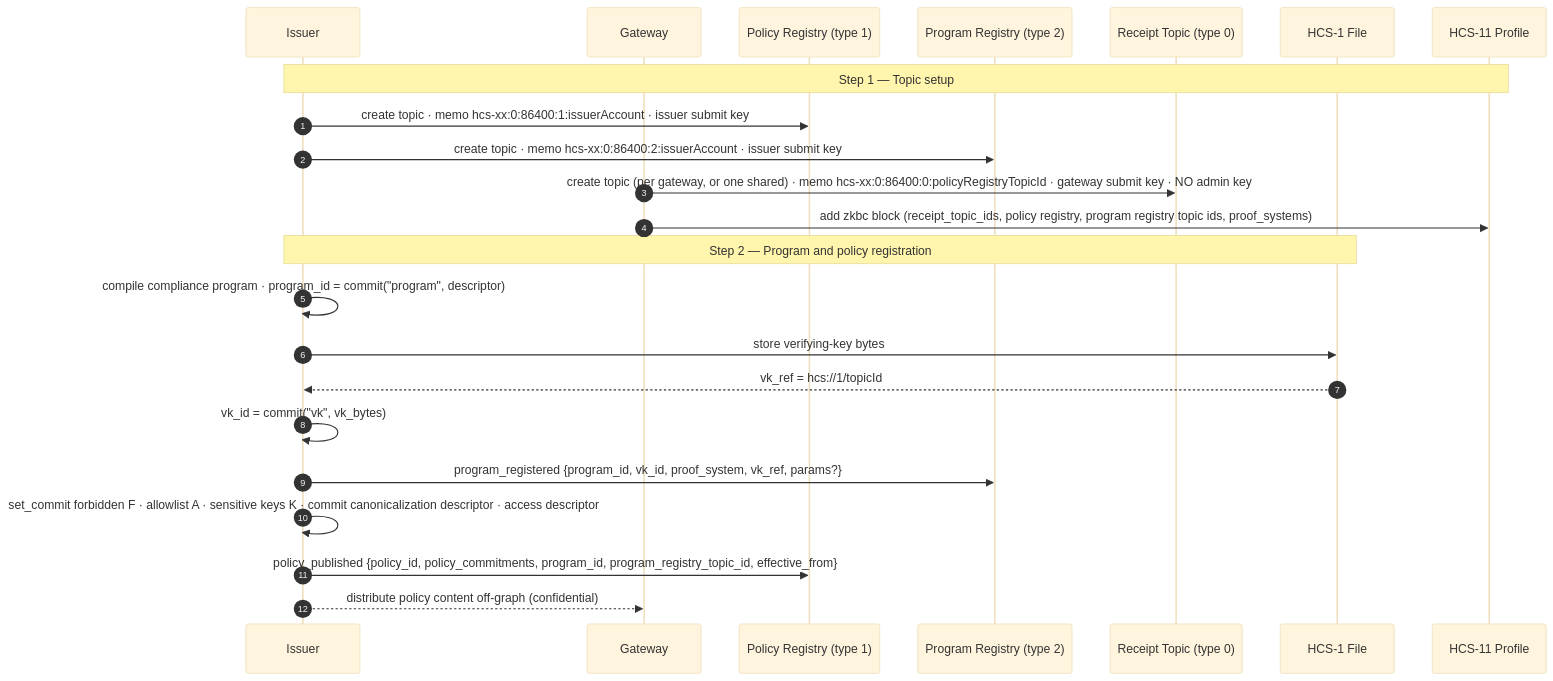
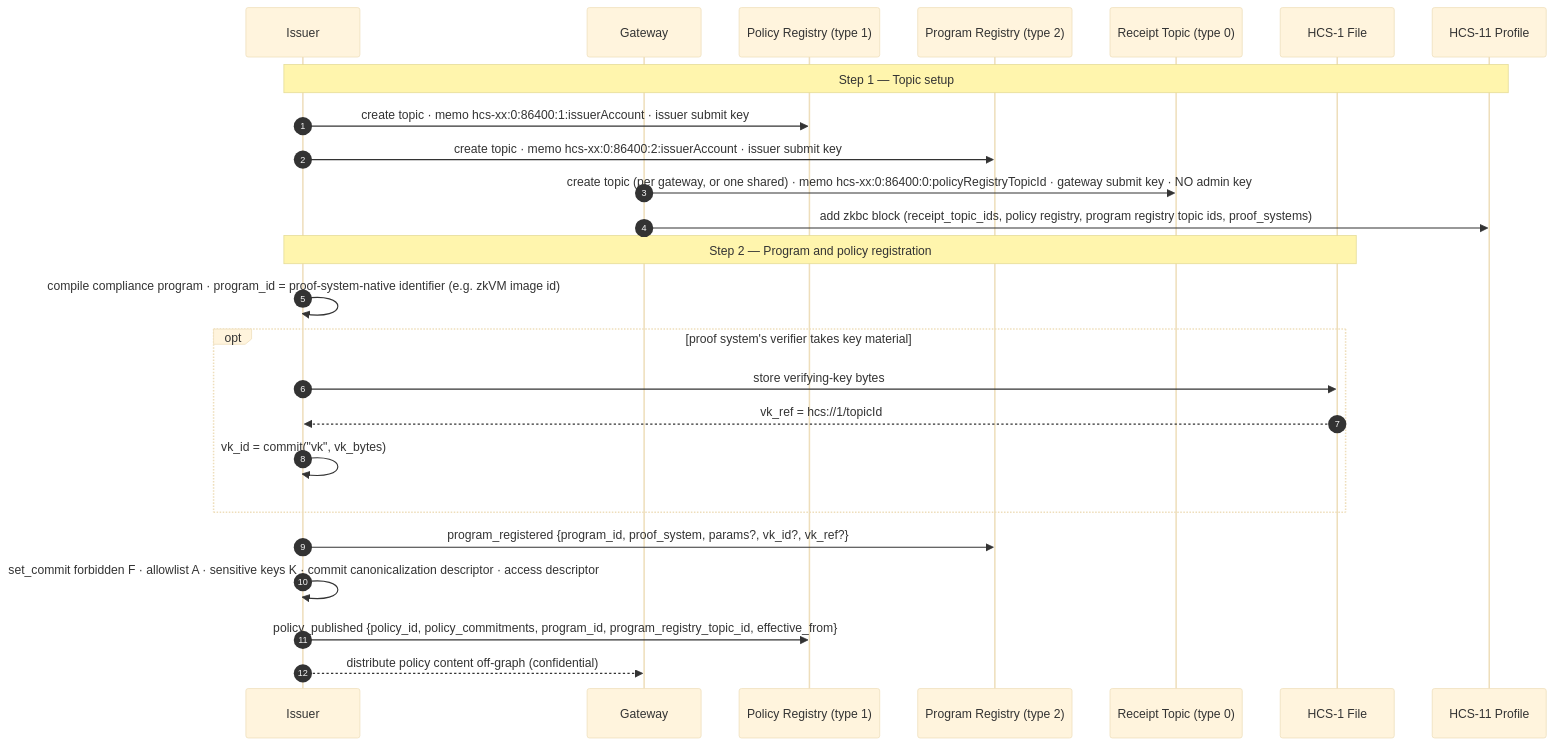
One commit to hashgraph-online/cryptographic-agent-execution-wg changed the seventh of 23 diagrams in drafts/ZKBC-Architecture-Diagrams.md. Above: the diagram before and after it, drawn with Mermaid (base theme). The commit also changed other lines of this file and 3 other files, not shown here.

First line of the commit message:
spec: native program identity, flat set commitments, explicit hash bounds

````diff
--- a/drafts/ZKBC-Architecture-Diagrams.md
+++ b/drafts/ZKBC-Architecture-Diagrams.md
@@ -335,27 +337,29 @@
 ```mermaid
 sequenceDiagram
   autonumber
   participant Issuer
   participant Gateway
   participant PR as Policy Registry (type 1)
   participant GR as Program Registry (type 2)
   participant RT as Receipt Topic (type 0)
   participant F1 as HCS-1 File
   participant P11 as HCS-11 Profile
 
   Note over Issuer,P11: Step 1 — Topic setup
   Issuer->>PR: create topic · memo hcs-xx:0:86400:1:issuerAccount · issuer submit key
   Issuer->>GR: create topic · memo hcs-xx:0:86400:2:issuerAccount · issuer submit key
   Gateway->>RT: create topic (per gateway, or one shared) · memo hcs-xx:0:86400:0:policyRegistryTopicId · gateway submit key · NO admin key
   Gateway->>P11: add zkbc block (receipt_topic_ids, policy registry, program registry topic ids, proof_systems)
 
   Note over Issuer,F1: Step 2 — Program and policy registration
-  Issuer->>Issuer: compile compliance program · program_id = commit("program", descriptor)
-  Issuer->>F1: store verifying-key bytes
-  F1-->>Issuer: vk_ref = hcs://1/topicId
-  Issuer->>Issuer: vk_id = commit("vk", vk_bytes)
-  Issuer->>GR: program_registered {program_id, vk_id, proof_system, vk_ref, params?}
+  Issuer->>Issuer: compile compliance program · program_id = proof-system-native identifier (e.g. zkVM image id)
+  opt proof system's verifier takes key material
+    Issuer->>F1: store verifying-key bytes
+    F1-->>Issuer: vk_ref = hcs://1/topicId
+    Issuer->>Issuer: vk_id = commit("vk", vk_bytes)
+  end
+  Issuer->>GR: program_registered {program_id, proof_system, params?, vk_id?, vk_ref?}
   Issuer->>Issuer: set_commit forbidden F · allowlist A · sensitive keys K · commit canonicalization descriptor · access descriptor
   Issuer->>PR: policy_published {policy_id, policy_commitments, program_id, program_registry_topic_id, effective_from}
   Issuer-->>Gateway: distribute policy content off-graph (confidential)
 ```
````
